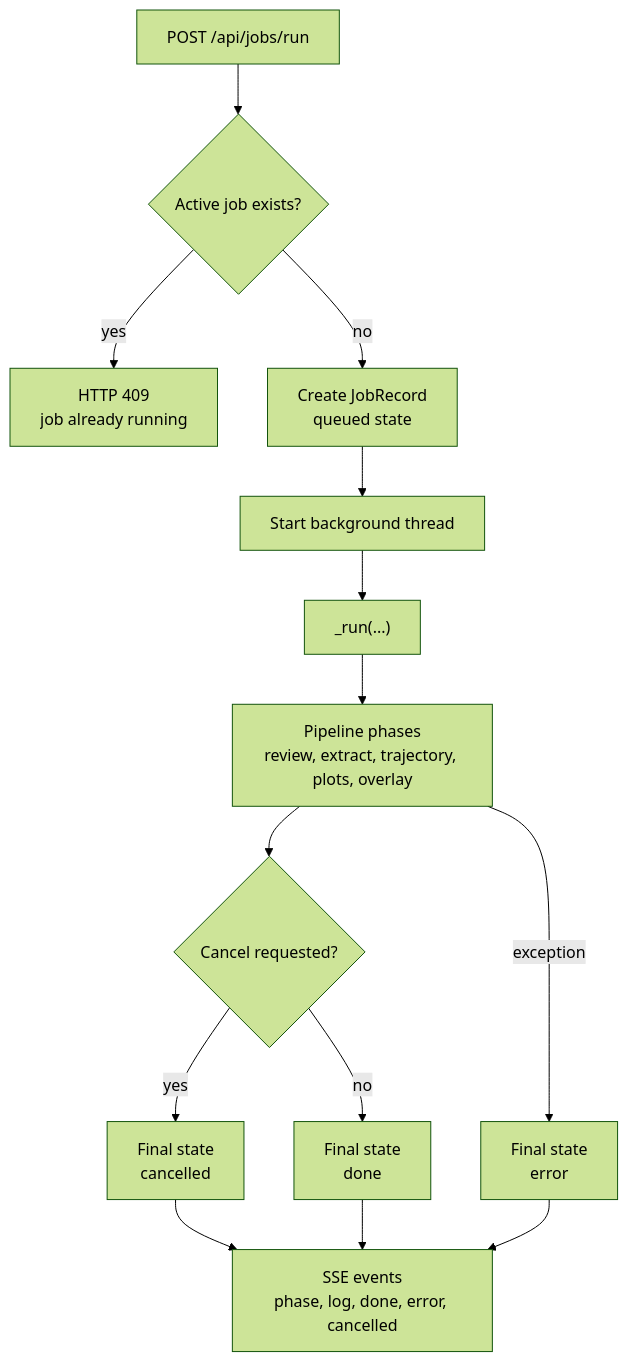
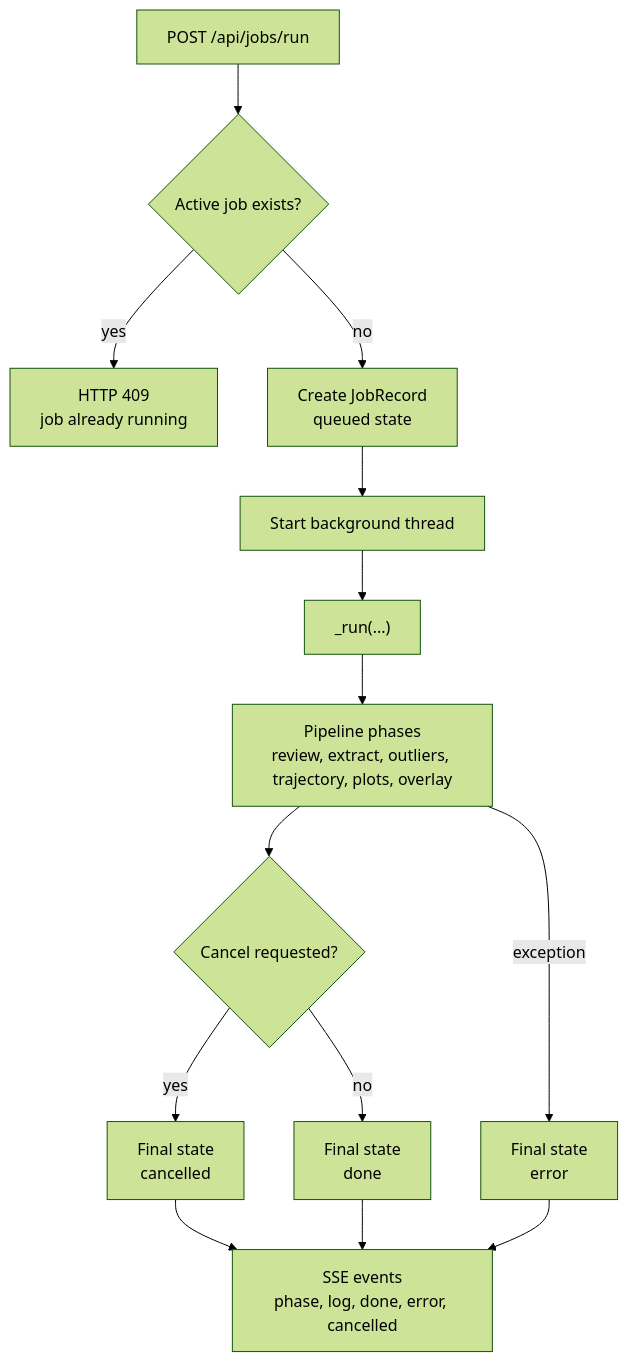
The diagram in docs/internal/web-backend.md (massimopiazza/webcalyzer), drawn with Mermaid (forest theme) before and after one commit. The commit also changed other lines of this file and 19 other files, not shown here.

````diff
--- a/docs/internal/web-backend.md
+++ b/docs/internal/web-backend.md
@@ -81,23 +98,23 @@
 ```mermaid
 flowchart TD
   request["POST /api/jobs/run"]
   active{"Active job exists?"}
   reject["HTTP 409<br/>job already running"]
   record["Create JobRecord<br/>queued state"]
   thread["Start background thread"]
   run["_run(...)"]
-  phases["Pipeline phases<br/>review, extract, trajectory, plots, overlay"]
+  phases["Pipeline phases<br/>review, extract, outliers, trajectory, plots, overlay"]
   cancel{"Cancel requested?"}
   cancelled["Final state<br/>cancelled"]
   done["Final state<br/>done"]
   error["Final state<br/>error"]
   sse["SSE events<br/>phase, log, done, error, cancelled"]
 
   request --> active
   active -->|yes| reject
   active -->|no| record --> thread --> run --> phases
   phases --> cancel
   cancel -->|yes| cancelled --> sse
   cancel -->|no| done --> sse
   phases -->|exception| error --> sse
 ```
````
